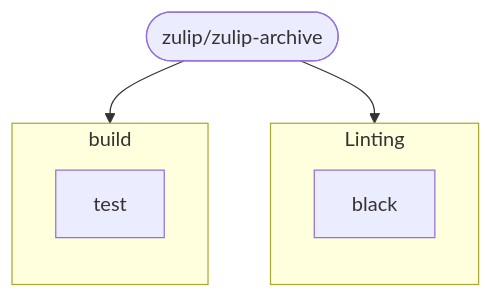
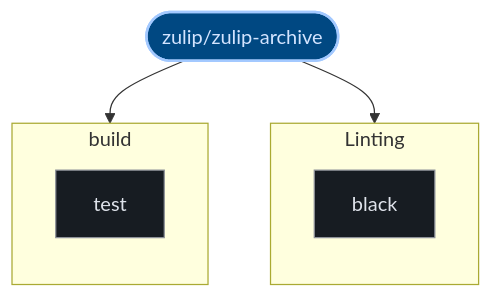
Before and after one commit to kumarshaz/atruss-code-atlas: the second of 2 diagrams in exports/latest/reports/zulip-zulip-archive-report.md, drawn with Mermaid. The commit also changed other lines of this file and 331 other files, not shown here.

Commit message:
docs,ui,fix: update SDLC docs, reorder CI/CD DAG first, stylize Mermaid, and fix Arc42 pipeline topology

````diff
--- a/exports/latest/reports/zulip-zulip-archive-report.md
+++ b/exports/latest/reports/zulip-zulip-archive-report.md
@@ -86,14 +90,21 @@
 ```mermaid
 graph TD;
-  pipeline_root(["zulip/zulip-archive"])
+  classDef atlasRoot fill:#004882,stroke:#a3c9ff,stroke-width:2px,color:#d3e4ff
+  classDef atlasCategory fill:#212428,stroke:#E87A48,stroke-width:1.5px,color:#dfe3eb
+  classDef atlasWorkflow fill:#1b2026,stroke:#a3c9ff,stroke-width:1.5px,color:#dfe3eb
+  classDef atlasJob fill:#171c22,stroke:#8d9199,stroke-width:1px,color:#dfe3eb
+  classDef atlasTarget fill:#005227,stroke:#8bd99b,stroke-width:1.5px,color:#a7f6b6
+  classDef atlasAlert fill:#93000a,stroke:#ffb4ab,stroke-width:1.5px,color:#ffdad6
+  classDef atlasMore fill:#252a31,stroke:#8d9199,stroke-dasharray:4 4,color:#c3c6cf
+  pipeline_root(["zulip/zulip-archive"]):::atlasRoot
   subgraph Linting_0["Linting"]
     direction TB
-    0_black["black"]
+    0_black["black"]:::atlasJob
   end
   pipeline_root --> 0_black
   subgraph build_1["build"]
     direction TB
-    1_test["test"]
+    1_test["test"]:::atlasJob
   end
   pipeline_root --> 1_test
 ```
````
